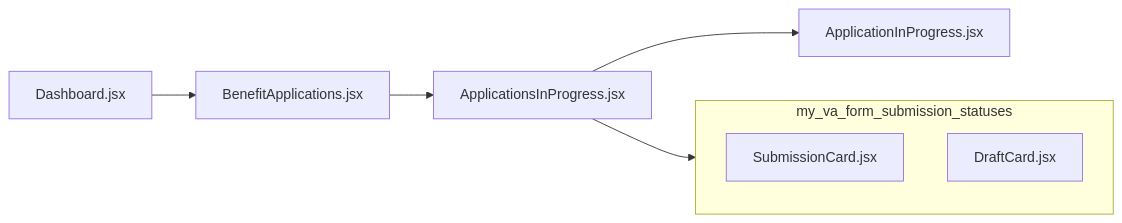
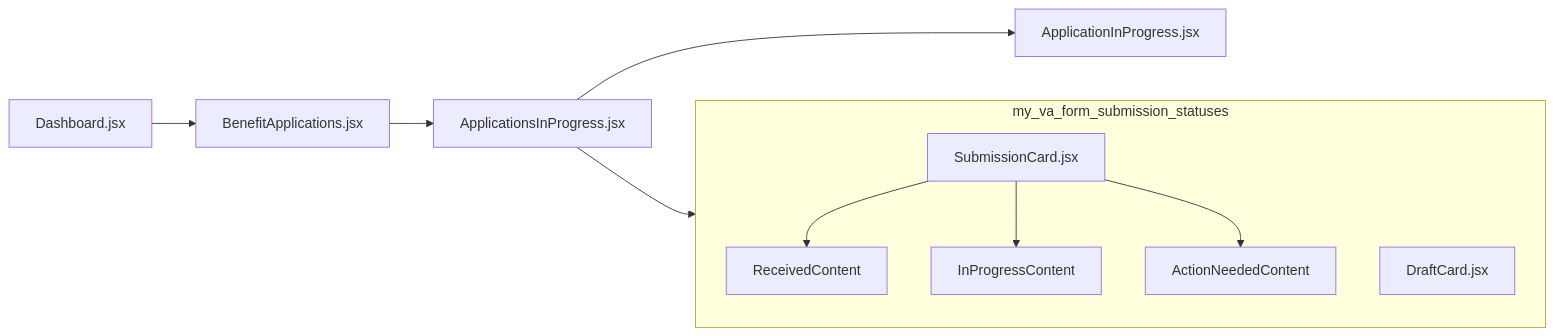
The first of 2 diagrams in products/identity-personalization/my-va/engineering-docs/frontend/benefit-applications-and-forms.md (department-of-veterans-affairs/va.gov-team), drawn with Mermaid before and after one commit. The commit also changed other lines of this file, not shown here.

````diff
--- a/products/identity-personalization/my-va/engineering-docs/frontend/benefit-applications-and-forms.md
+++ b/products/identity-personalization/my-va/engineering-docs/frontend/benefit-applications-and-forms.md
@@ -6,11 +6,14 @@
 ```mermaid
   flowchart LR
       A[Dashboard.jsx] --> B[BenefitApplications.jsx]
       B --> C[ApplicationsInProgress.jsx]
       C --> D[ApplicationInProgress.jsx]
+      C --> my_va_form_submission_statuses
       subgraph my_va_form_submission_statuses
-      E[SubmissionCard.jsx]
+      E[SubmissionCard.jsx] --> G[ReceivedContent]
+      E[SubmissionCard.jsx] --> H[InProgressContent]
+      E[SubmissionCard.jsx] --> I[ActionNeededContent]
       F[DraftCard.jsx]
       end
-      C --> my_va_form_submission_statuses
+
 ```
````
